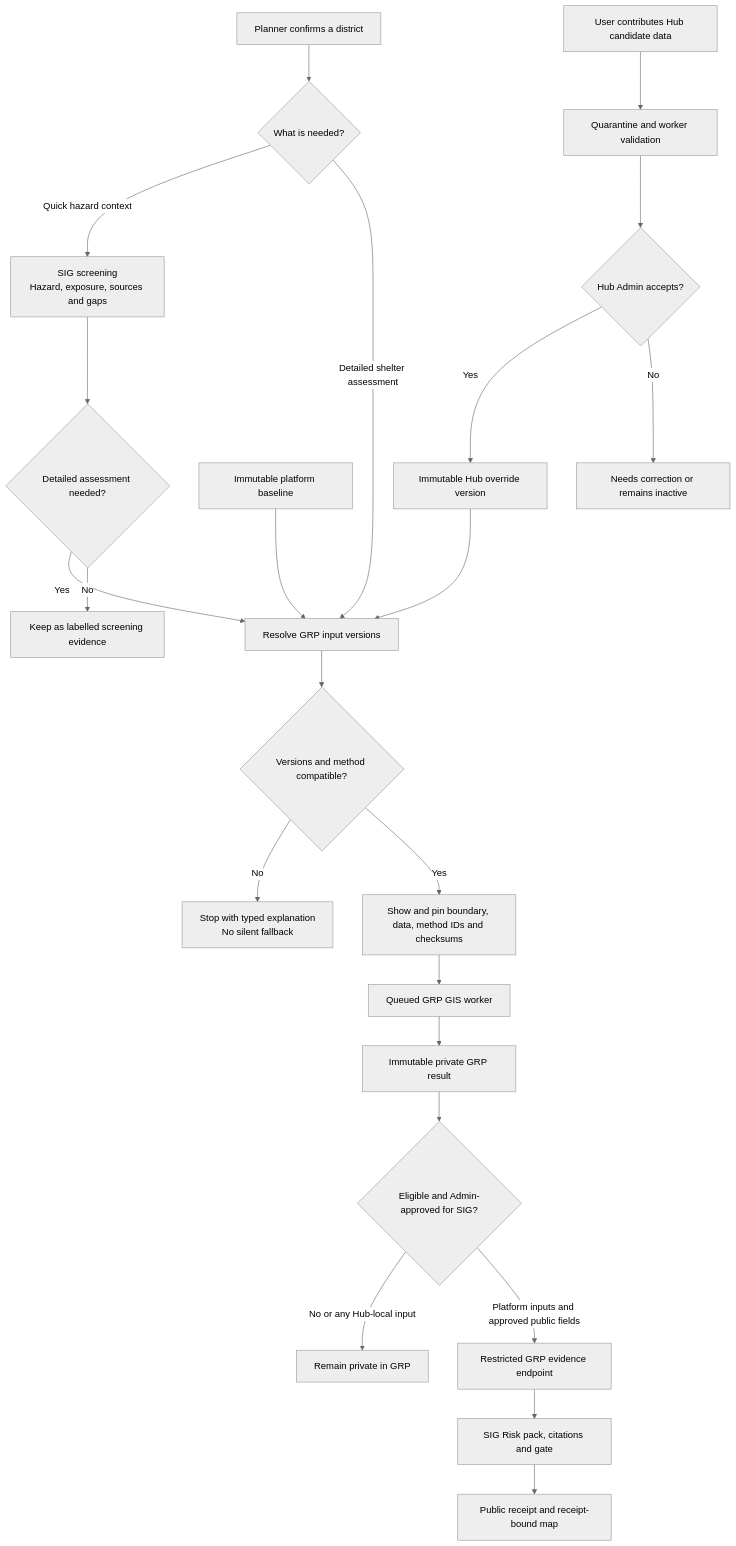
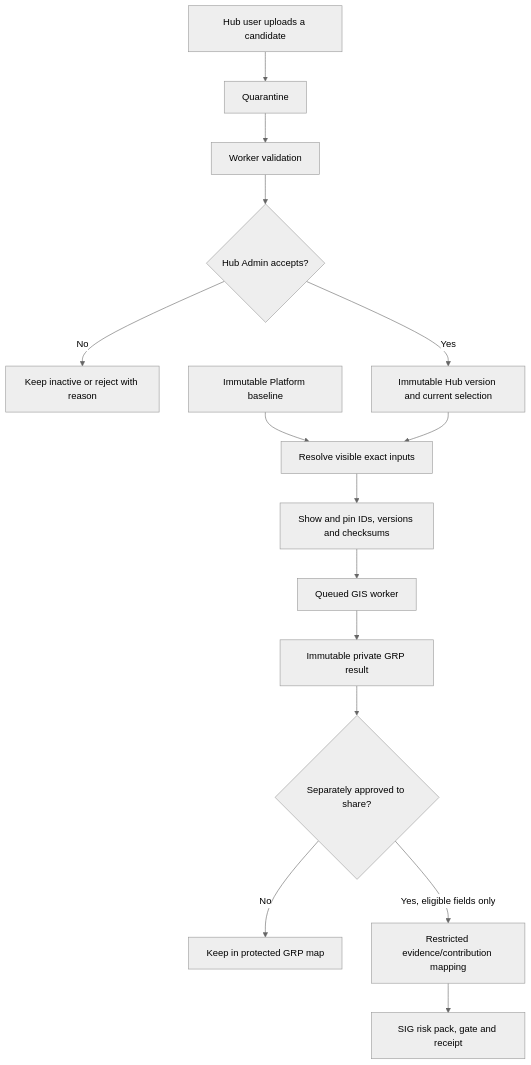
One commit to kovitad/ADPC_GRP changed the second of 3 diagrams in handovers.md. Above: the diagram before and after it, drawn with Mermaid (neutral theme). The commit also changed other lines of this file and 34 other files, not shown here.

Commit message:
feat: add reusable shelter assessment workflow

````diff
--- a/handovers.md
+++ b/handovers.md
@@ -125,27 +146,17 @@
 ```mermaid
 flowchart TD
-    USER[Planner confirms a district] --> CHOICE{What is needed?}
-    CHOICE -->|Quick hazard context| SIGSCREEN[SIG screening\nHazard, exposure, sources and gaps]
-    CHOICE -->|Detailed shelter assessment| RESOLVE[Resolve GRP input versions]
-    SIGSCREEN --> DECIDE{Detailed assessment needed?}
-    DECIDE -->|Yes| RESOLVE
-    DECIDE -->|No| SCREENONLY[Keep as labelled screening evidence]
-
-    BASE[Immutable platform baseline] --> RESOLVE
-    CANDIDATE[User contributes Hub candidate data] --> VALIDATE[Quarantine and worker validation]
-    VALIDATE --> ACCEPT{Hub Admin accepts?}
-    ACCEPT -->|Yes| OVERRIDE[Immutable Hub override version]
-    ACCEPT -->|No| REJECT[Needs correction or remains inactive]
-    OVERRIDE --> RESOLVE
-
-    RESOLVE --> COMPAT{Versions and method compatible?}
-    COMPAT -->|No| STOP[Stop with typed explanation\nNo silent fallback]
-    COMPAT -->|Yes| PIN[Show and pin boundary, data, method IDs and checksums]
-    PIN --> JOB[Queued GRP GIS worker]
-    JOB --> RESULT[Immutable private GRP result]
-    RESULT --> SHARE{Eligible and Admin-approved for SIG?}
-    SHARE -->|No or any Hub-local input| PRIVATE[Remain private in GRP]
-    SHARE -->|Platform inputs and approved public fields| EVIDENCE[Restricted GRP evidence endpoint]
-    EVIDENCE --> SIGMCP[SIG Risk pack, citations and gate]
-    SIGMCP --> RECEIPT[Public receipt and receipt-bound map]
+    UPLOAD[Hub user uploads a candidate] --> QUAR[Quarantine]
+    QUAR --> VALIDATE[Worker validation]
+    VALIDATE --> DECIDE{Hub Admin accepts?}
+    DECIDE -->|No| INACTIVE[Keep inactive or reject with reason]
+    DECIDE -->|Yes| SELECT[Immutable Hub version and current selection]
+    BASE[Immutable Platform baseline] --> RESOLVE[Resolve visible exact inputs]
+    SELECT --> RESOLVE
+    RESOLVE --> PIN[Show and pin IDs, versions and checksums]
+    PIN --> WORKER[Queued GIS worker]
+    WORKER --> PRIVATE[Immutable private GRP result]
+    PRIVATE --> SHARE{Separately approved to share?}
+    SHARE -->|No| GRP[Keep in protected GRP map]
+    SHARE -->|Yes, eligible fields only| EVIDENCE[Restricted evidence/contribution mapping]
+    EVIDENCE --> SIGMCP[SIG risk pack, gate and receipt]
 ```
````
